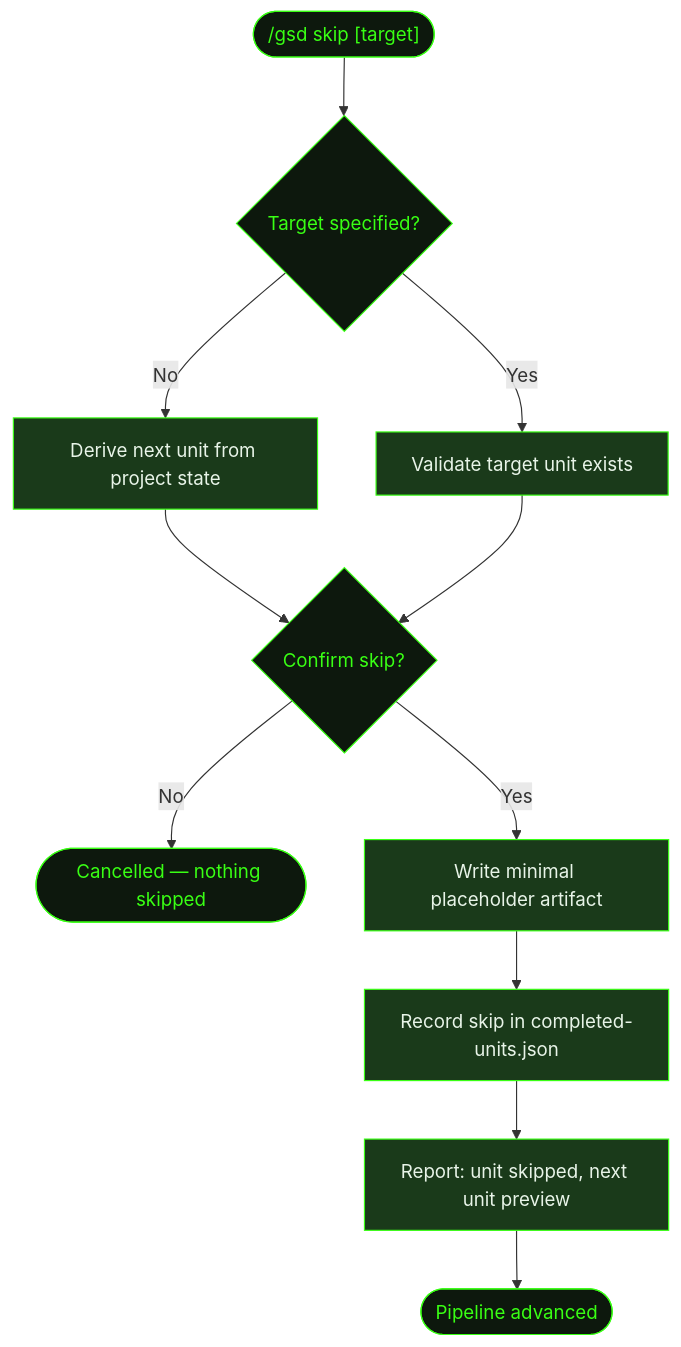
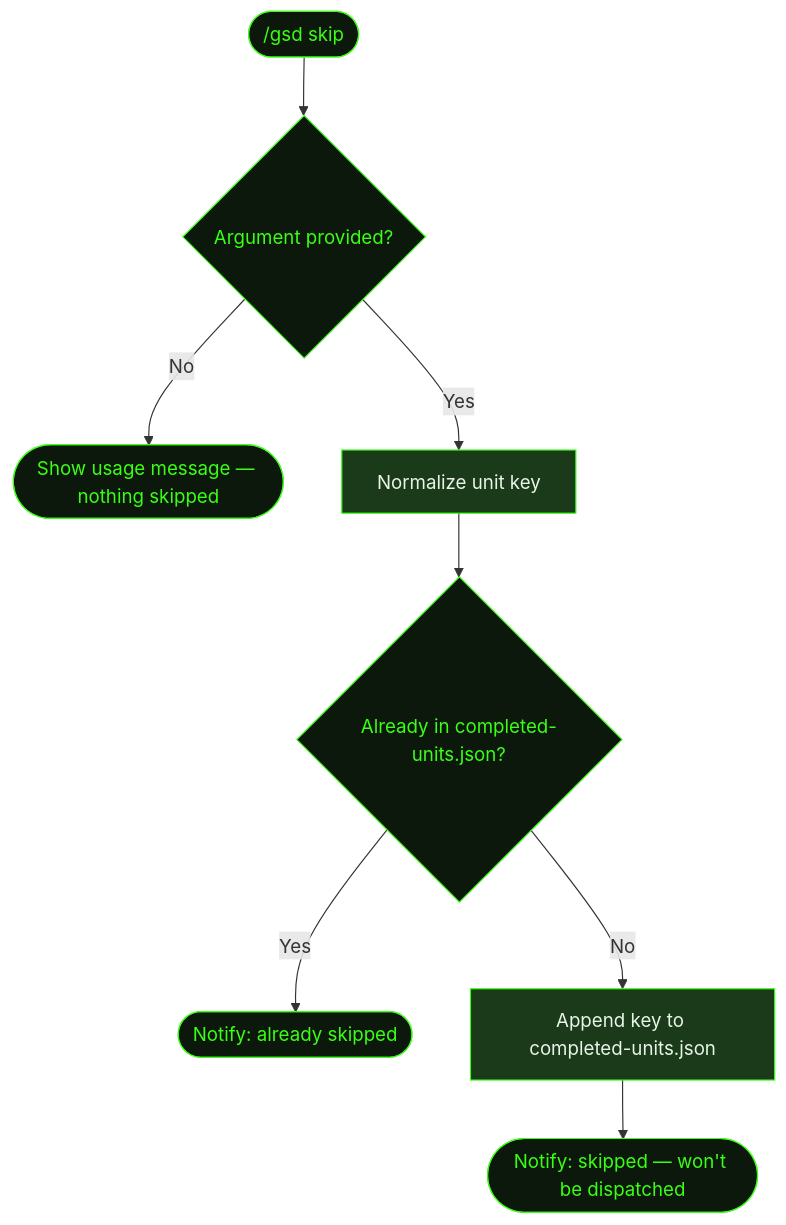
One commit to shusha-group/gsd2-guide changed the diagram in src/content/docs/commands/skip.mdx. Above: the diagram before and after it, drawn with Mermaid. The commit also changed other lines of this file and 33 other files, not shown here.

````diff
--- a/src/content/docs/commands/skip.mdx
+++ b/src/content/docs/commands/skip.mdx
@@ -34,24 +34,19 @@
 ```mermaid
 flowchart TD
-    Start(["/gsd skip [target]"]) --> Resolve{Target specified?}
-    Resolve -->|No| Derive[Derive next unit from project state]
-    Resolve -->|Yes| Validate[Validate target unit exists]
-    Derive --> Confirm{Confirm skip?}
-    Validate --> Confirm
-    Confirm -->|No| Cancel([Cancelled — nothing skipped])
-    Confirm -->|Yes| Placeholder[Write minimal placeholder artifact]
-    Placeholder --> Log[Record skip in completed-units.json]
-    Log --> Notify[Report: unit skipped, next unit preview]
-    Notify --> Done([Pipeline advanced])
+    Start(["/gsd skip <unit-id>"]) --> HasArg{Argument provided?}
+    HasArg -->|No| Usage([Show usage message — nothing skipped])
+    HasArg -->|Yes| Normalize[Normalize unit key]
+    Normalize --> Check{Already in completed-units.json?}
+    Check -->|Yes| AlreadyDone([Notify: already skipped])
+    Check -->|No| Append[Append key to completed-units.json]
+    Append --> Notify([Notify: skipped — won't be dispatched])
 
     style Start fill:#0d180d,stroke:#39ff14,color:#39ff14
-    style Resolve fill:#0d180d,stroke:#39ff14,color:#39ff14
-    style Confirm fill:#0d180d,stroke:#39ff14,color:#39ff14
-    style Derive fill:#1a3a1a,stroke:#39ff14,color:#e8f4e8
-    style Validate fill:#1a3a1a,stroke:#39ff14,color:#e8f4e8
-    style Cancel fill:#0d180d,stroke:#39ff14,color:#39ff14
-    style Placeholder fill:#1a3a1a,stroke:#39ff14,color:#e8f4e8
-    style Log fill:#1a3a1a,stroke:#39ff14,color:#e8f4e8
-    style Notify fill:#1a3a1a,stroke:#39ff14,color:#e8f4e8
-    style Done fill:#0d180d,stroke:#39ff14,color:#39ff14
+    style HasArg fill:#0d180d,stroke:#39ff14,color:#39ff14
+    style Check fill:#0d180d,stroke:#39ff14,color:#39ff14
+    style Usage fill:#0d180d,stroke:#39ff14,color:#39ff14
+    style AlreadyDone fill:#0d180d,stroke:#39ff14,color:#39ff14
+    style Normalize fill:#1a3a1a,stroke:#39ff14,color:#e8f4e8
+    style Append fill:#1a3a1a,stroke:#39ff14,color:#e8f4e8
+    style Notify fill:#0d180d,stroke:#39ff14,color:#39ff14
 ```
````
